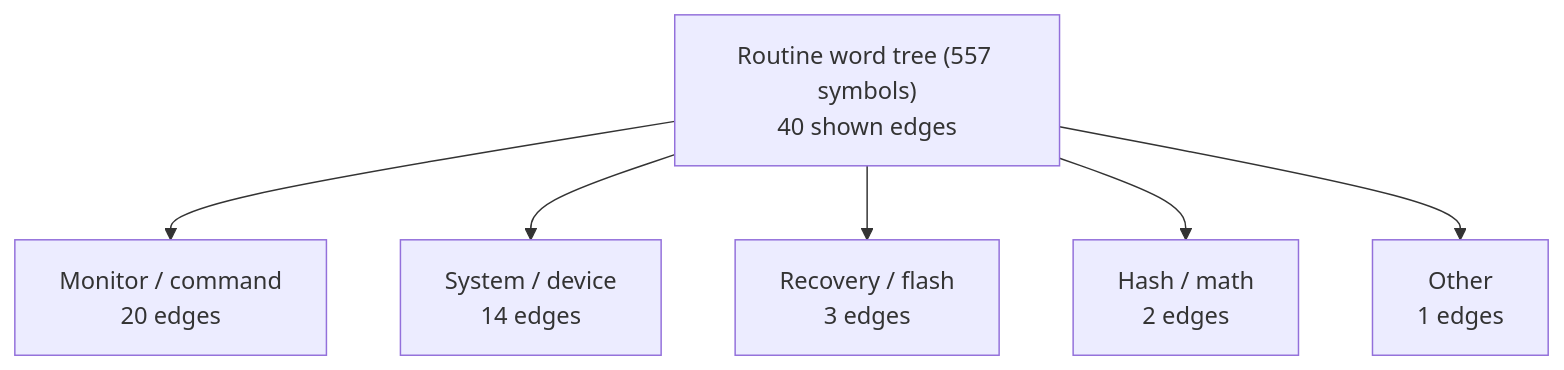
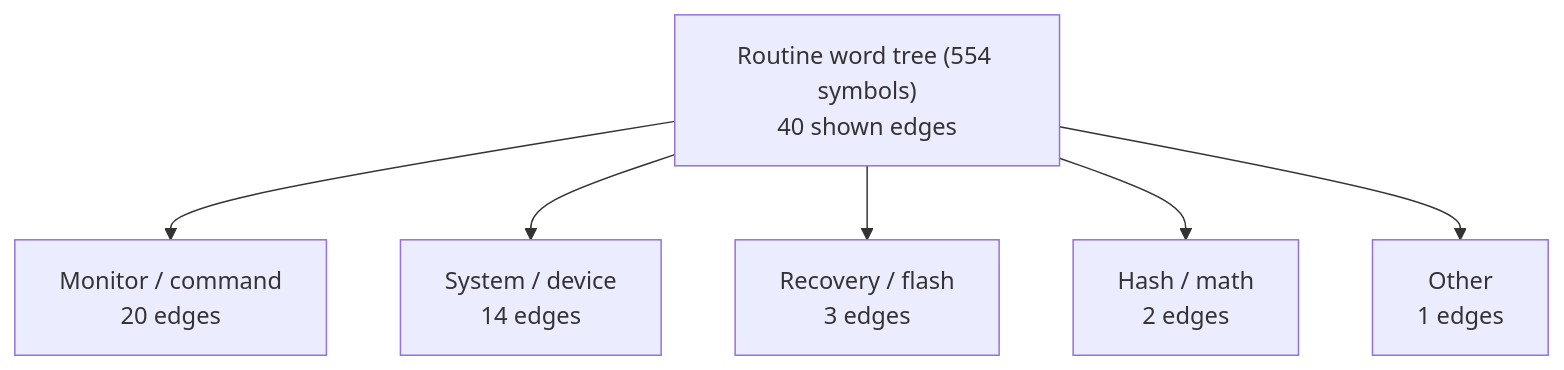
The first of 8 diagrams in DOC/GENERATED/ROUTINE_WORD_TREE.md (95westus/R-YORS), drawn with Mermaid before and after one commit. The commit also changed other lines of this file and 243 other files, not shown here.

````diff
--- a/DOC/GENERATED/ROUTINE_WORD_TREE.md
+++ b/DOC/GENERATED/ROUTINE_WORD_TREE.md
@@ -16,8 +16,8 @@
 ```mermaid
 flowchart TD
-    MAP_ROOT_ROUTINE_WORD_TREE__557_SYMBOLS_["Routine word tree (557 symbols)<br/>40 shown edges"] --> MAP_FAMILY_MONITOR___COMMAND["Monitor / command<br/>20 edges"]
-    MAP_ROOT_ROUTINE_WORD_TREE__557_SYMBOLS_["Routine word tree (557 symbols)<br/>40 shown edges"] --> MAP_FAMILY_SYSTEM___DEVICE["System / device<br/>14 edges"]
-    MAP_ROOT_ROUTINE_WORD_TREE__557_SYMBOLS_["Routine word tree (557 symbols)<br/>40 shown edges"] --> MAP_FAMILY_RECOVERY___FLASH["Recovery / flash<br/>3 edges"]
-    MAP_ROOT_ROUTINE_WORD_TREE__557_SYMBOLS_["Routine word tree (557 symbols)<br/>40 shown edges"] --> MAP_FAMILY_HASH___MATH["Hash / math<br/>2 edges"]
-    MAP_ROOT_ROUTINE_WORD_TREE__557_SYMBOLS_["Routine word tree (557 symbols)<br/>40 shown edges"] --> MAP_FAMILY_OTHER["Other<br/>1 edges"]
+    MAP_ROOT_ROUTINE_WORD_TREE__554_SYMBOLS_["Routine word tree (554 symbols)<br/>40 shown edges"] --> MAP_FAMILY_MONITOR___COMMAND["Monitor / command<br/>20 edges"]
+    MAP_ROOT_ROUTINE_WORD_TREE__554_SYMBOLS_["Routine word tree (554 symbols)<br/>40 shown edges"] --> MAP_FAMILY_SYSTEM___DEVICE["System / device<br/>14 edges"]
+    MAP_ROOT_ROUTINE_WORD_TREE__554_SYMBOLS_["Routine word tree (554 symbols)<br/>40 shown edges"] --> MAP_FAMILY_RECOVERY___FLASH["Recovery / flash<br/>3 edges"]
+    MAP_ROOT_ROUTINE_WORD_TREE__554_SYMBOLS_["Routine word tree (554 symbols)<br/>40 shown edges"] --> MAP_FAMILY_HASH___MATH["Hash / math<br/>2 edges"]
+    MAP_ROOT_ROUTINE_WORD_TREE__554_SYMBOLS_["Routine word tree (554 symbols)<br/>40 shown edges"] --> MAP_FAMILY_OTHER["Other<br/>1 edges"]
 ```
````
